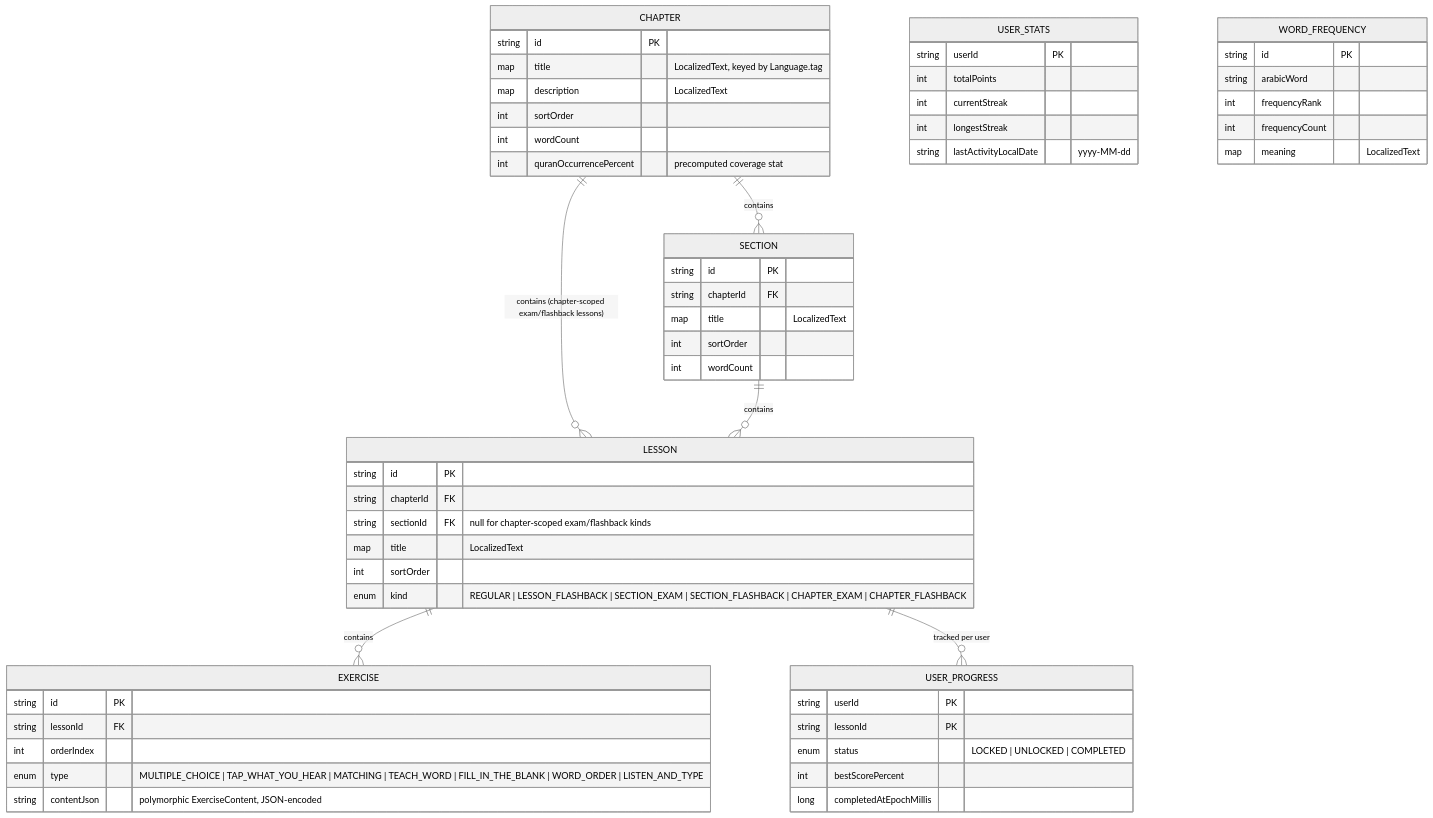
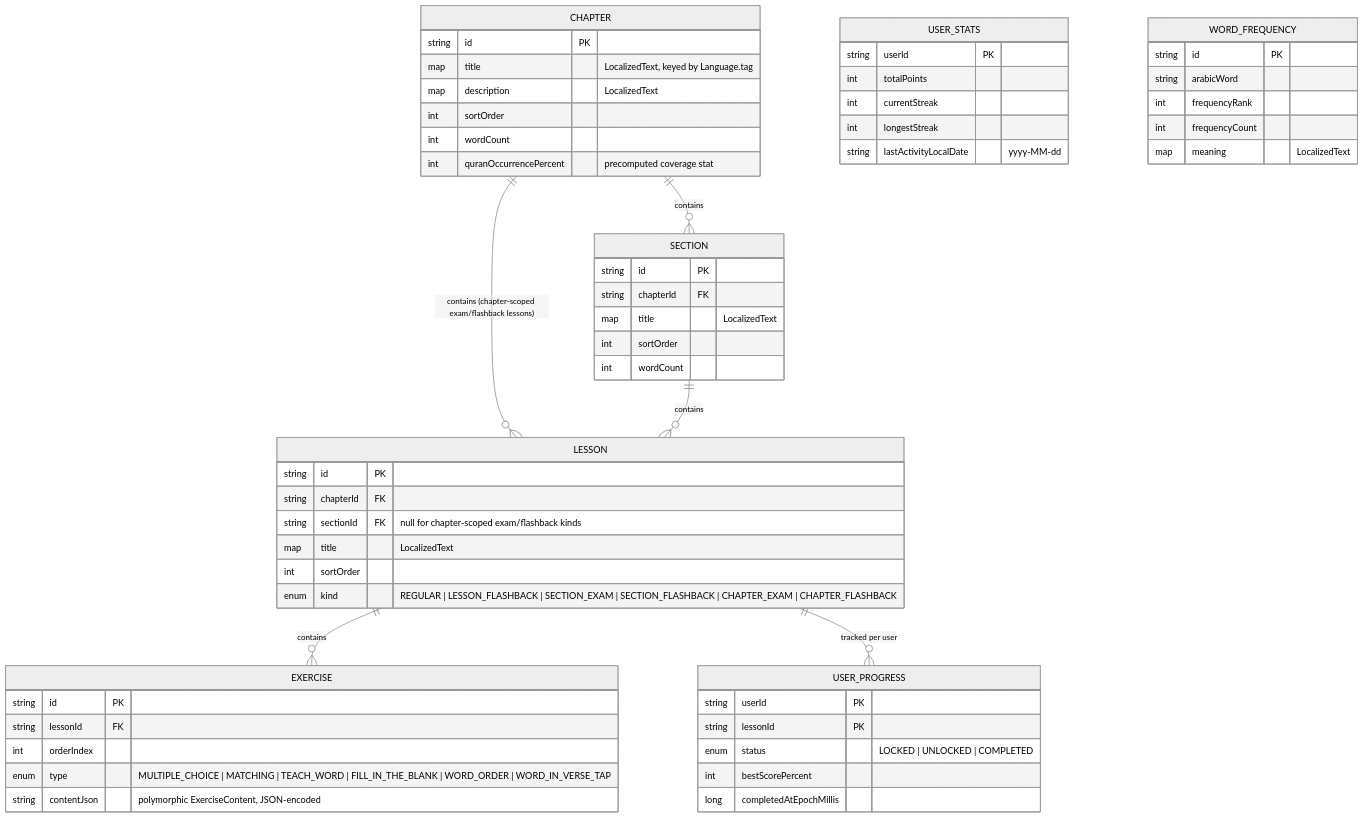
The diagram in docs/DATA_MODEL.md (deanybytes/QuranicWords), drawn with Mermaid (neutral theme) before and after one commit. The commit also changed other lines of this file and 13 other files, not shown here.

````diff
--- a/docs/DATA_MODEL.md
+++ b/docs/DATA_MODEL.md
@@ -9,59 +9,59 @@
 ```mermaid
 erDiagram
     CHAPTER ||--o{ SECTION : contains
     CHAPTER ||--o{ LESSON : "contains (chapter-scoped exam/flashback lessons)"
     SECTION ||--o{ LESSON : contains
     LESSON ||--o{ EXERCISE : contains
     LESSON ||--o{ USER_PROGRESS : "tracked per user"
     USER_STATS {
         string userId PK
         int totalPoints
         int currentStreak
         int longestStreak
         string lastActivityLocalDate "yyyy-MM-dd"
     }
     CHAPTER {
         string id PK
         map title "LocalizedText, keyed by Language.tag"
         map description "LocalizedText"
         int sortOrder
         int wordCount
         int quranOccurrencePercent "precomputed coverage stat"
     }
     SECTION {
         string id PK
         string chapterId FK
         map title "LocalizedText"
         int sortOrder
         int wordCount
     }
     LESSON {
         string id PK
         string chapterId FK
         string sectionId FK "null for chapter-scoped exam/flashback kinds"
         map title "LocalizedText"
         int sortOrder
         enum kind "REGULAR | LESSON_FLASHBACK | SECTION_EXAM | SECTION_FLASHBACK | CHAPTER_EXAM | CHAPTER_FLASHBACK"
     }
     EXERCISE {
         string id PK
         string lessonId FK
         int orderIndex
-        enum type "MULTIPLE_CHOICE | TAP_WHAT_YOU_HEAR | MATCHING | TEACH_WORD | FILL_IN_THE_BLANK | WORD_ORDER | LISTEN_AND_TYPE"
+        enum type "MULTIPLE_CHOICE | MATCHING | TEACH_WORD | FILL_IN_THE_BLANK | WORD_ORDER | WORD_IN_VERSE_TAP"
         string contentJson "polymorphic ExerciseContent, JSON-encoded"
     }
     USER_PROGRESS {
         string userId PK
         string lessonId PK
         enum status "LOCKED | UNLOCKED | COMPLETED"
         int bestScorePercent
         long completedAtEpochMillis
     }
     WORD_FREQUENCY {
         string id PK
         string arabicWord
         int frequencyRank
         int frequencyCount
         map meaning "LocalizedText"
     }
 ```
````
